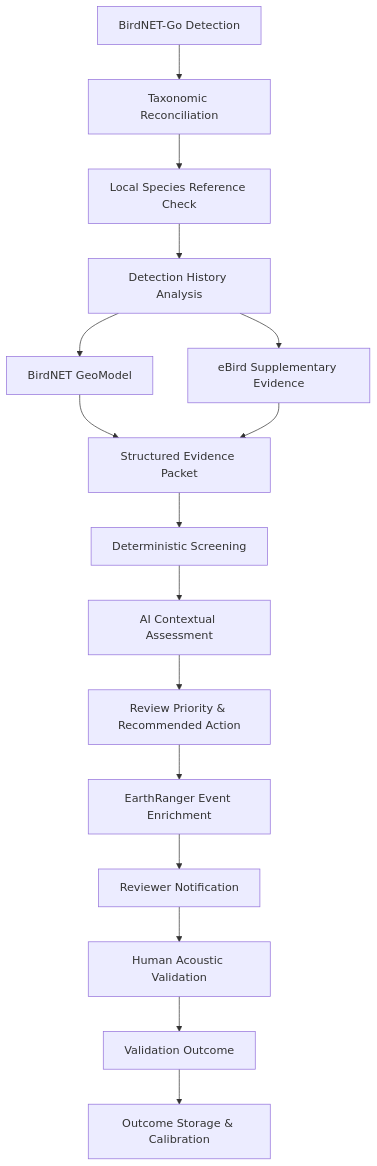
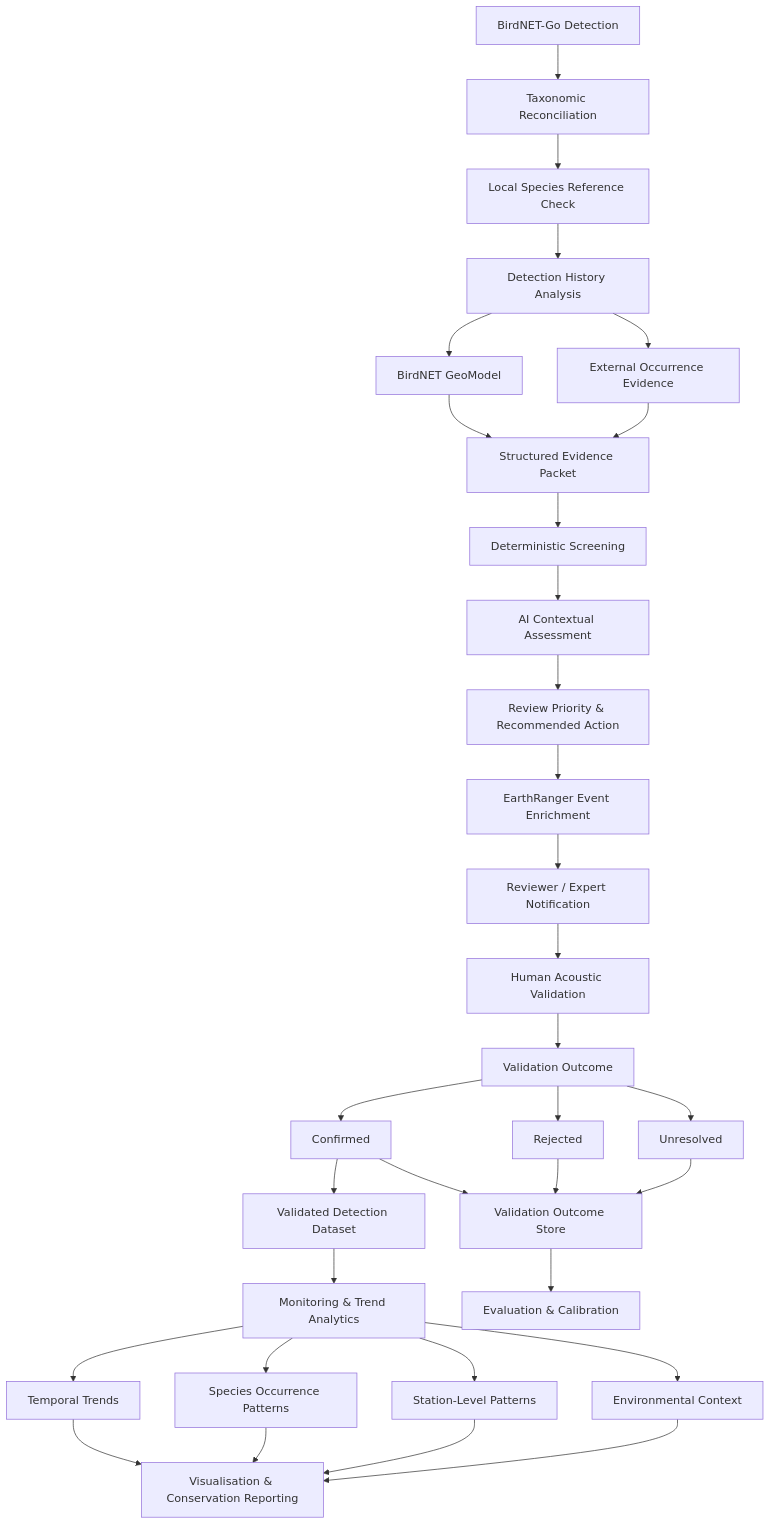
The diagram in README.md (anggiearrizki/BirdNET_Detection_Screening), drawn with Mermaid before and after one commit. The commit also changed other lines of this file, not shown here.

Commit message:
Expand workflow to monitoring and conservation analytics

````diff
--- a/README.md
+++ b/README.md
@@ -45,22 +45,47 @@
 ```mermaid
 flowchart TD
     A[BirdNET-Go Detection] --> B[Taxonomic Reconciliation]
+
     B --> C[Local Species Reference Check]
     C --> D[Detection History Analysis]
 
     D --> E1[BirdNET GeoModel]
-    D --> E2[eBird Supplementary Evidence]
+    D --> E2[External Occurrence Evidence]
 
     E1 --> F[Structured Evidence Packet]
     E2 --> F
 
     F --> G[Deterministic Screening]
     G --> H[AI Contextual Assessment]
     H --> I[Review Priority & Recommended Action]
 
     I --> J[EarthRanger Event Enrichment]
-    J --> K[Reviewer Notification]
+    J --> K[Reviewer / Expert Notification]
     K --> L[Human Acoustic Validation]
+
     L --> M[Validation Outcome]
-    M --> N[Outcome Storage & Calibration]
+
+    M --> M1[Confirmed]
+    M --> M2[Rejected]
+    M --> M3[Unresolved]
+
+    M1 --> N1[Validated Detection Dataset]
+
+    M1 --> N2[Validation Outcome Store]
+    M2 --> N2
+    M3 --> N2
+
+    N2 --> Q[Evaluation & Calibration]
+
+    N1 --> O[Monitoring & Trend Analytics]
+
+    O --> O1[Temporal Trends]
+    O --> O2[Species Occurrence Patterns]
+    O --> O3[Station-Level Patterns]
+    O --> O4[Environmental Context]
+
+    O1 --> P[Visualisation & Conservation Reporting]
+    O2 --> P
+    O3 --> P
+    O4 --> P
 ```
````
